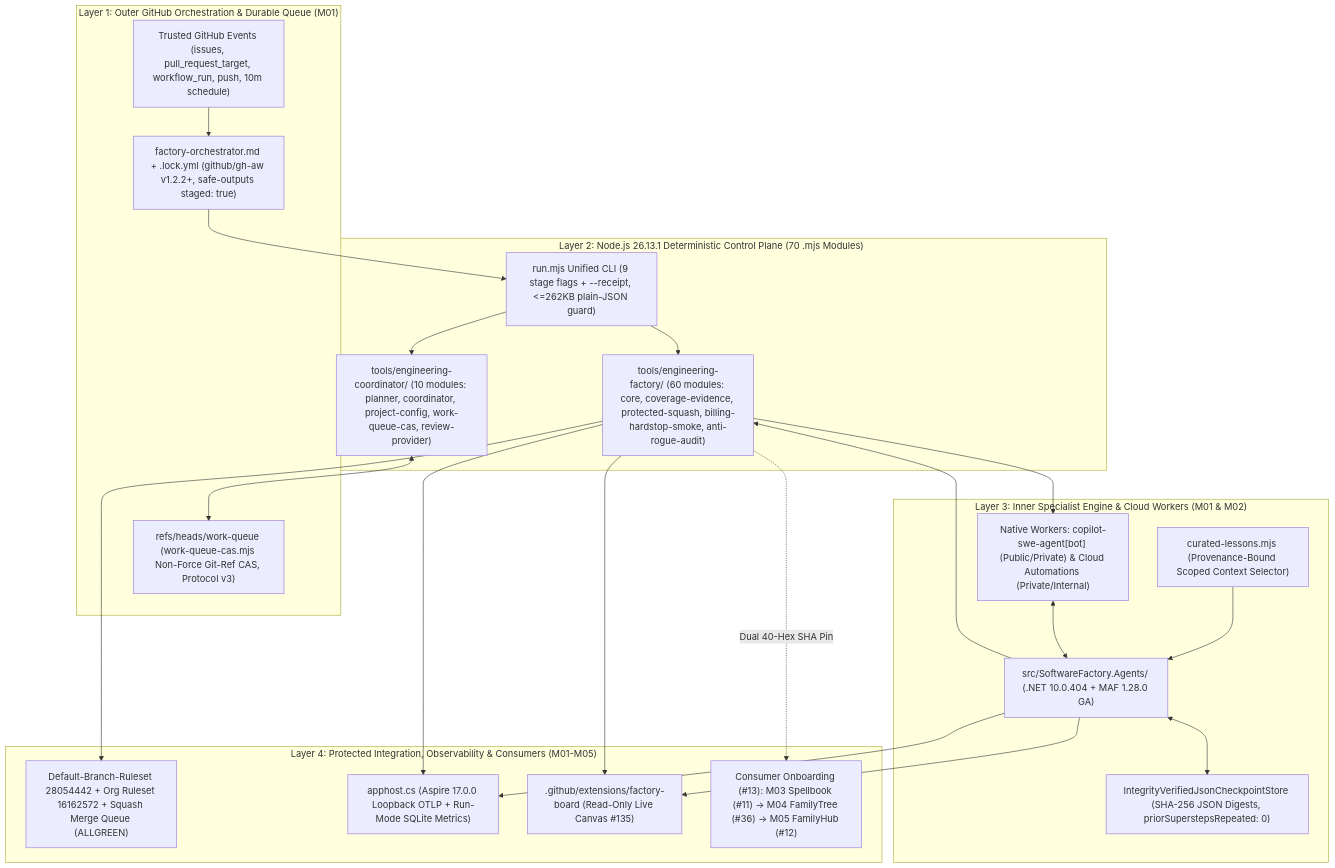
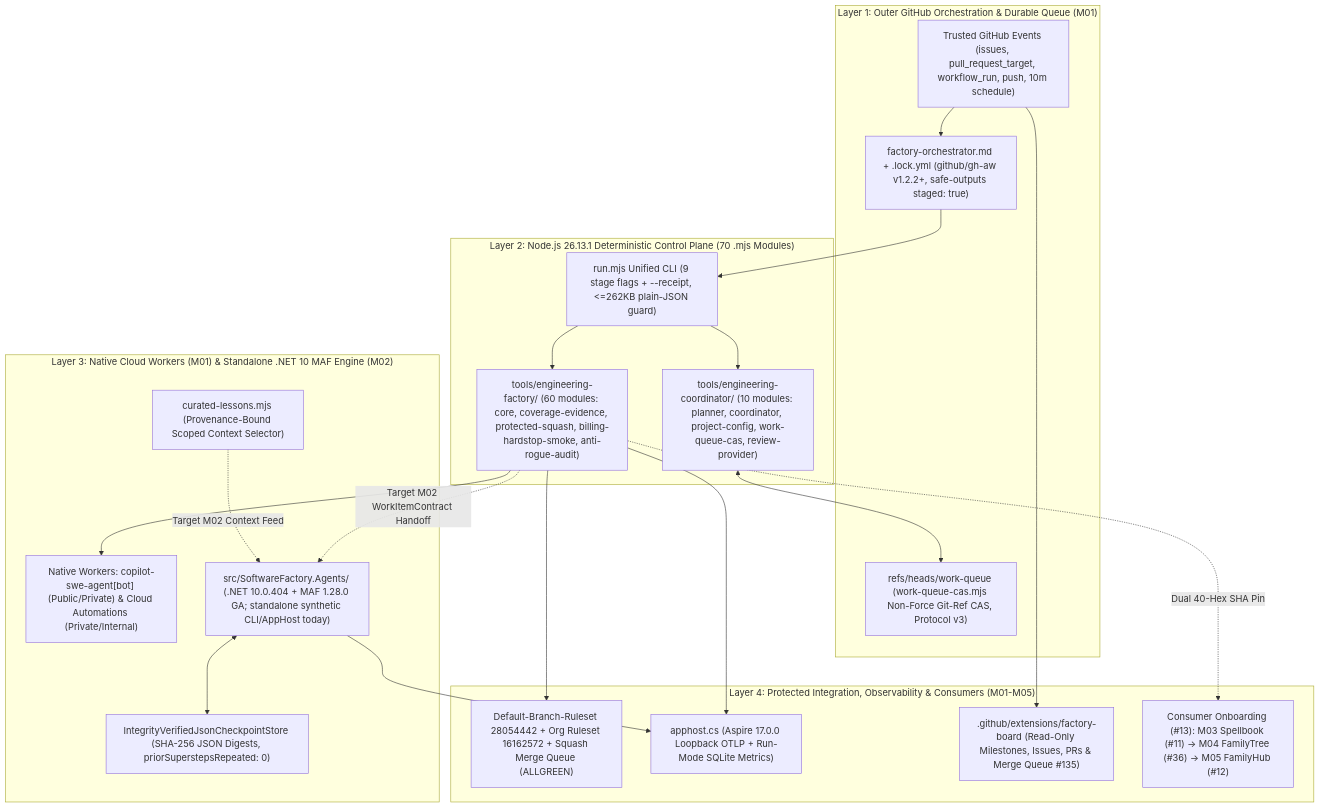
The first of 3 diagrams in docs/ARCHITECTURE.md (Jamula/SoftwareFactory), drawn with Mermaid before and after one commit. The commit also changed other lines of this file and 7 other files, not shown here.

````diff
--- a/docs/ARCHITECTURE.md
+++ b/docs/ARCHITECTURE.md
@@ -17,39 +17,40 @@
 ```mermaid
 flowchart TB
   subgraph L1["Layer 1: Outer GitHub Orchestration & Durable Queue (M01)"]
     EV["Trusted GitHub Events (issues, pull_request_target, workflow_run, push, 10m schedule)"]
     LOCK["factory-orchestrator.md + .lock.yml (github/gh-aw v1.2.2+, safe-outputs staged: true)"]
     WQ["refs/heads/work-queue (work-queue-cas.mjs Non-Force Git-Ref CAS, Protocol v3)"]
   end
 
   subgraph L2["Layer 2: Node.js 26.13.1 Deterministic Control Plane (70 .mjs Modules)"]
     COORD["tools/engineering-coordinator/ (10 modules: planner, coordinator, project-config, work-queue-cas, review-provider)"]
     FACT["tools/engineering-factory/ (60 modules: core, coverage-evidence, protected-squash, billing-hardstop-smoke, anti-rogue-audit)"]
     CLI["run.mjs Unified CLI (9 stage flags + --receipt, <=262KB plain-JSON guard)"]
   end
 
-  subgraph L3["Layer 3: Inner Specialist Engine & Cloud Workers (M01 & M02)"]
+  subgraph L3["Layer 3: Native Cloud Workers (M01) & Standalone .NET 10 MAF Engine (M02)"]
     CLOUD["Native Workers: copilot-swe-agent[bot] (Public/Private) & Cloud Automations (Private/Internal)"]
-    DOTNET["src/SoftwareFactory.Agents/ (.NET 10.0.404 + MAF 1.28.0 GA)"]
+    DOTNET["src/SoftwareFactory.Agents/ (.NET 10.0.404 + MAF 1.28.0 GA; standalone synthetic CLI/AppHost today)"]
     CP["IntegrityVerifiedJsonCheckpointStore (SHA-256 JSON Digests, priorSuperstepsRepeated: 0)"]
     MEM["curated-lessons.mjs (Provenance-Bound Scoped Context Selector)"]
   end
 
   subgraph L4["Layer 4: Protected Integration, Observability & Consumers (M01-M05)"]
     RULES["Default-Branch-Ruleset 28054442 + Org Ruleset 16162572 + Squash Merge Queue (ALLGREEN)"]
     ASPIRE["apphost.cs (Aspire 17.0.0 Loopback OTLP + Run-Mode SQLite Metrics)"]
-    BOARD[".github/extensions/factory-board (Read-Only Live Canvas #135)"]
+    BOARD[".github/extensions/factory-board (Read-Only Milestones, Issues, PRs & Merge Queue #135)"]
     CONS["Consumer Onboarding (#13): M03 Spellbook (#11) -> M04 FamilyTree (#36) -> M05 FamilyHub (#12)"]
   end
 
   EV --> LOCK --> CLI
   CLI --> COORD & FACT
   COORD <--> WQ
   FACT --> CLOUD
-  MEM --> DOTNET
-  CLOUD <--> DOTNET <--> CP
-  DOTNET --> FACT
+  MEM -. "Target M02 Context Feed" .-> DOTNET
+  FACT -. "Target M02 WorkItemContract Handoff" .-> DOTNET
+  DOTNET <--> CP
   FACT --> RULES
-  FACT & DOTNET --> ASPIRE & BOARD
+  FACT & DOTNET --> ASPIRE
+  EV --> BOARD
   FACT -. "Dual 40-Hex SHA Pin" .-> CONS
 ```
````
